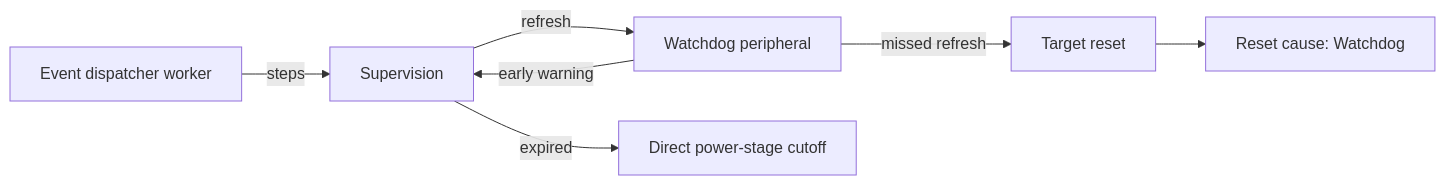
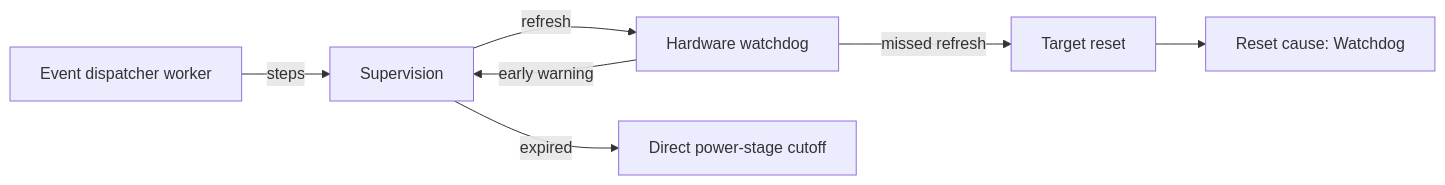
One commit to embedded-pro/e-foc changed the fourth of 4 diagrams in documentation/design/watchdog.md. Above: the diagram before and after it, drawn with Mermaid. The commit also changed other lines of this file and 37 other files, not shown here.

````diff
--- a/documentation/design/watchdog.md
+++ b/documentation/design/watchdog.md
@@ -253,9 +253,9 @@
 ```mermaid
 graph LR
     EL[Event dispatcher worker] -->|steps| Sup[Supervision]
-    HW[Watchdog peripheral] -->|early warning| Sup
+    HW[Hardware watchdog] -->|early warning| Sup
     Sup -->|refresh| HW
     Sup -->|expired| Cut[Direct power-stage cutoff]
     HW -->|missed refresh| Reset[Target reset]
     Reset --> Cause[Reset cause: Watchdog]
 ```
````
